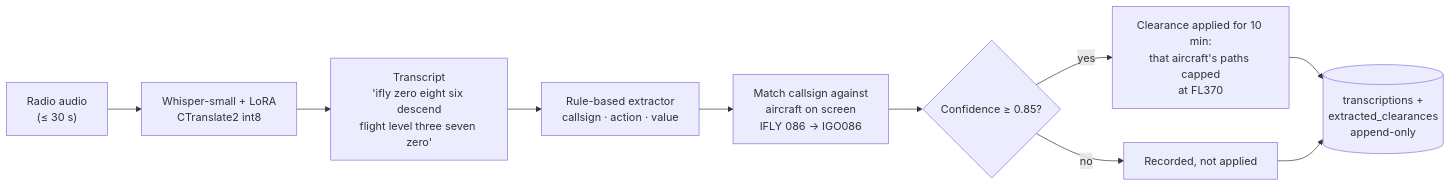
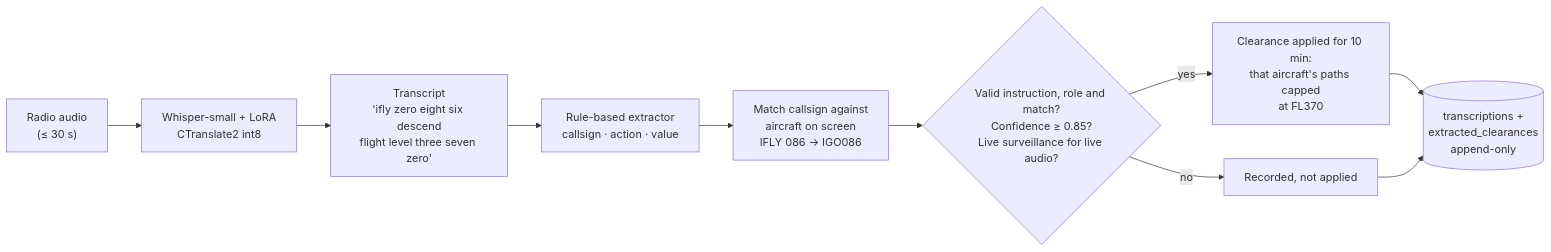
The fourth of 5 diagrams in README.md (Amrit-Nigam/flight-right), drawn with Mermaid before and after one commit. The commit also changed other lines of this file and 20 other files, not shown here.

````diff
--- a/README.md
+++ b/README.md
@@ -281,12 +287,12 @@
 ```mermaid
 flowchart LR
     A["Radio audio<br/>(≤ 30 s)"] --> B["Whisper-small + LoRA<br/>CTranslate2 int8"]
     B --> C["Transcript<br/>'ifly zero eight six descend<br/>flight level three seven zero'"]
     C --> D["Rule-based extractor<br/>callsign · action · value"]
     D --> E["Match callsign against<br/>aircraft on screen<br/>IFLY 086 → IGO086"]
-    E --> F{"Confidence ≥ 0.85?"}
+    E --> F{"Valid instruction, role and match?<br/>Confidence ≥ 0.85?<br/>Live surveillance for live audio?"}
     F -->|yes| G["Clearance applied for 10 min:<br/>that aircraft's paths capped<br/>at FL370"]
     F -->|no| H["Recorded, not applied"]
     G --> I[("transcriptions +<br/>extracted_clearances<br/>append-only")]
     H --> I
 ```
````
